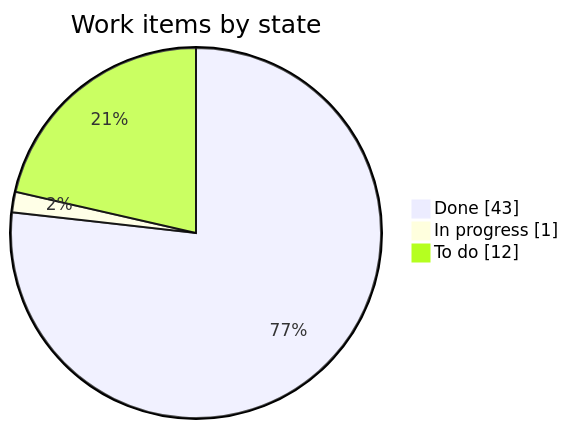
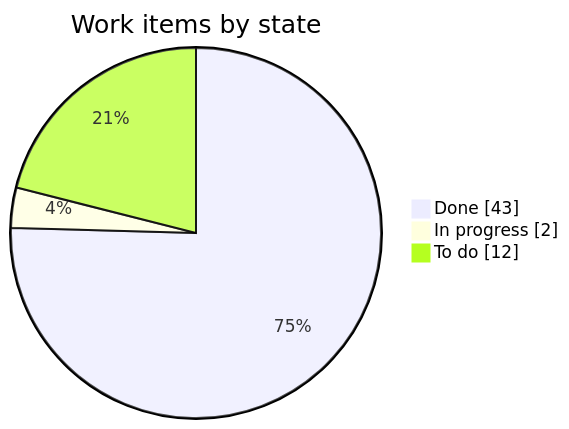
Before and after one commit to LoMagnette/ghost-light: the first of 2 diagrams in STATUS.md, drawn with Mermaid. The commit also changed other lines of this file and 11 other files, not shown here.

````diff
--- a/STATUS.md
+++ b/STATUS.md
@@ -31,7 +31,7 @@
 ```mermaid
 pie showData
     title Work items by state
     "Done" : 43
-    "In progress" : 1
+    "In progress" : 2
     "To do" : 12
 ```
````
